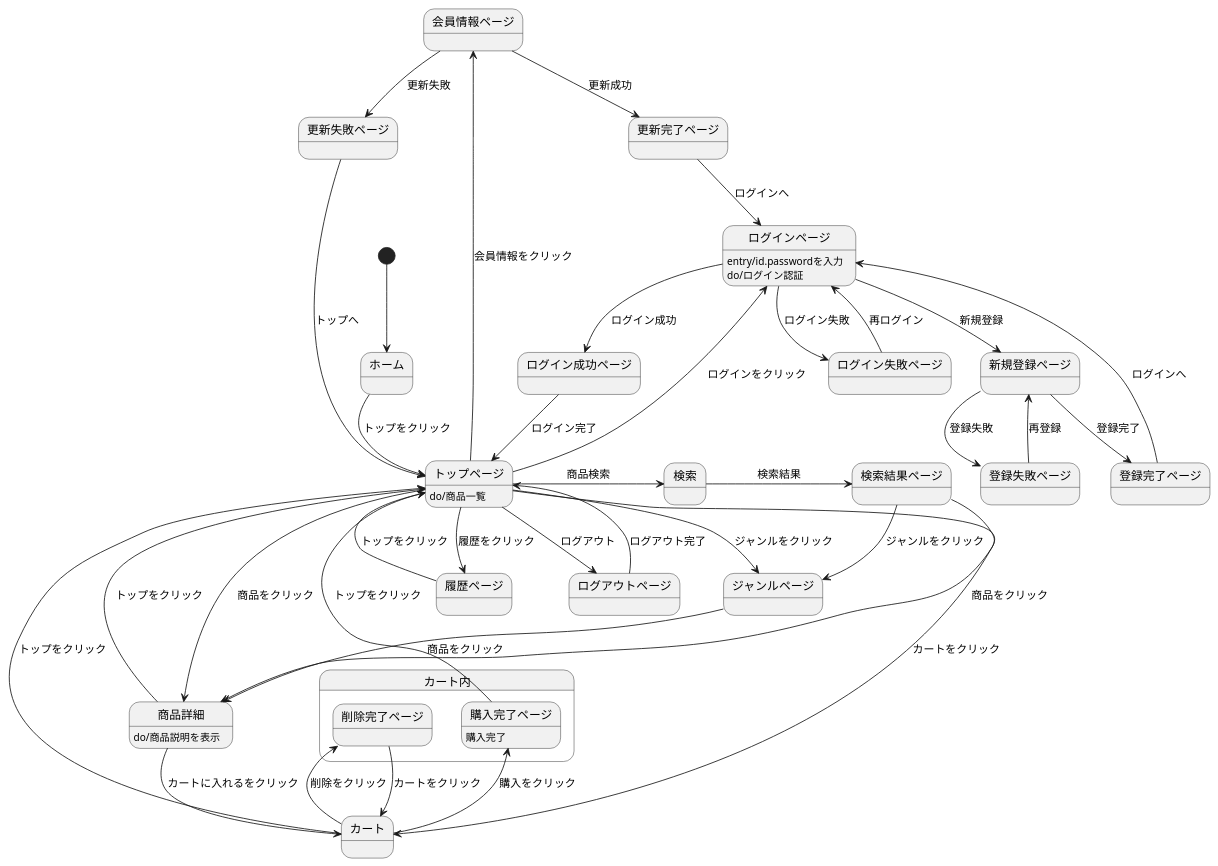
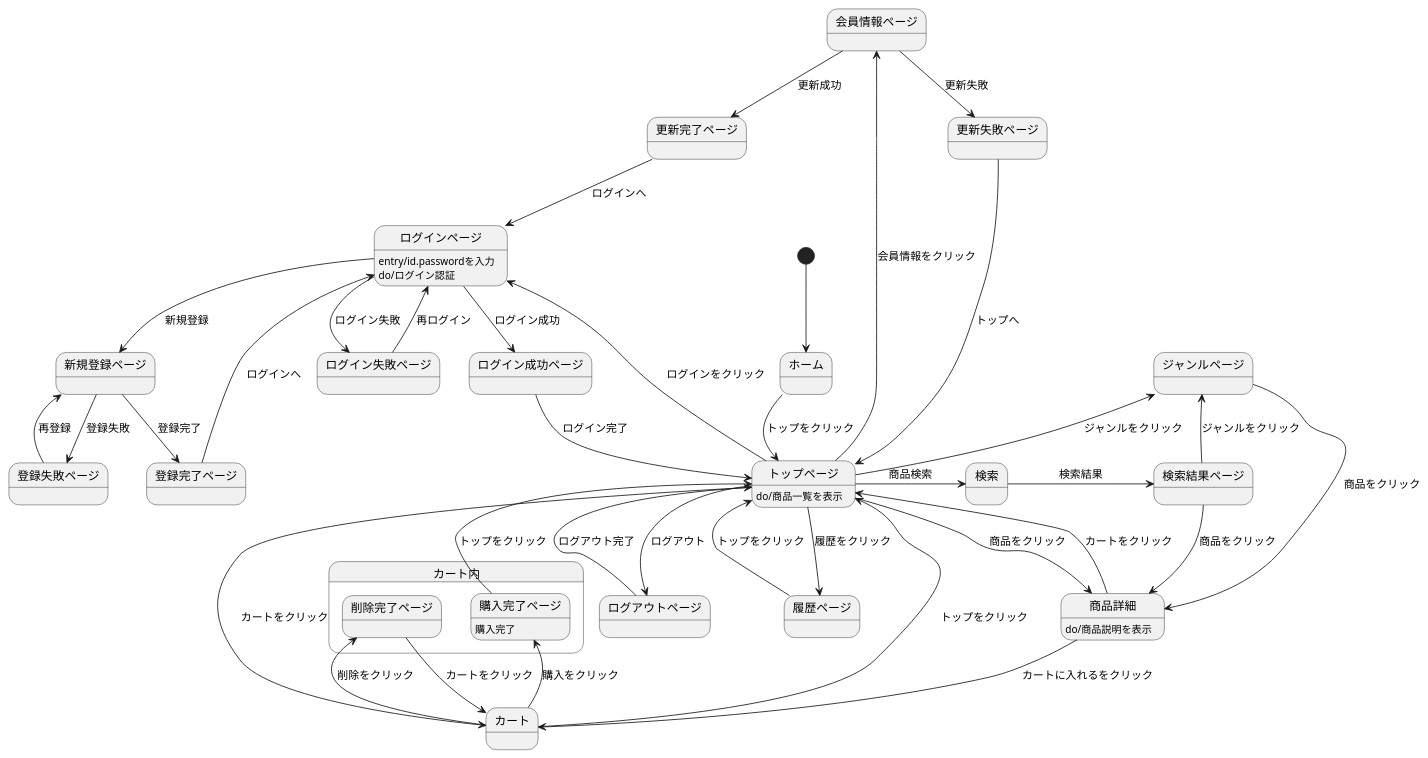
One commit to Aso2001142/2021sys-design changed the diagram in ECサイト/画面遷移図/遷移図.md. Above: the diagram before and after it, drawn with PlantUML.

````diff
--- a/ECサイト/画面遷移図/遷移図.md
+++ b/ECサイト/画面遷移図/遷移図.md
@@ -1,57 +1,93 @@
 ```uml
+
 @startuml
+
 [*] --> ホーム
+
 ホーム --> トップページ : トップをクリック
-トップページ : do/商品一覧
+
+トップページ : do/商品一覧を表示
 
 トップページ -left-> ログインページ : ログインをクリック
+
 ログインページ : entry/id.passwordを入力
+
 ログインページ : do/ログイン認証
+
 ログインページ --> ログイン成功ページ : ログイン成功
+
 ログイン成功ページ --> トップページ : ログイン完了
+
 ログインページ --> ログイン失敗ページ : ログイン失敗
+
 ログイン失敗ページ -left-> ログインページ : 再ログイン
 
 ログインページ --> 新規登録ページ : 新規登録
+
 新規登録ページ --> 登録完了ページ : 登録完了
+
 登録完了ページ --> ログインページ : ログインへ
+
 新規登録ページ --> 登録失敗ページ : 登録失敗
+
 登録失敗ページ --> 新規登録ページ : 再登録
 
 トップページ -> 検索 : 商品検索
+
 検索 -> 検索結果ページ : 検索結果
+
 検索結果ページ --> ジャンルページ : ジャンルをクリック
+
 検索結果ページ --> 商品詳細 : 商品をクリック
 
 トップページ -> 商品詳細 : 商品をクリック
+
 トップページ --> カート : カートをクリック
 
 トップページ --> ログアウトページ : ログアウト
+
 ログアウトページ --> トップページ : ログアウト完了
 
 トップページ --> 履歴ページ : 履歴をクリック
+
 履歴ページ --> トップページ : トップをクリック
 
 トップページ -left-> 会員情報ページ : 会員情報をクリック
+
 会員情報ページ --> 更新完了ページ : 更新成功
+
 更新完了ページ --> ログインページ : ログインへ
+
 会員情報ページ --> 更新失敗ページ : 更新失敗
+
 更新失敗ページ --> トップページ : トップへ
 
-トップページ --> ジャンルページ :  ジャンルをクリック
+トップページ -left-> ジャンルページ : ジャンルをクリック
+
 ジャンルページ --> 商品詳細 : 商品をクリック
 
 商品詳細 --> カート : カートに入れるをクリック
-商品詳細 --> トップページ : トップをクリック
+
+商品詳細 --> トップページ : カートをクリック
+
 商品詳細 : do/商品説明を表示
+
 カート -up-> トップページ : トップをクリック
 
 state カート内{
+
 カート -> 購入完了ページ : 購入をクリック
+
 カート -left> 削除完了ページ : 削除をクリック
+
 削除完了ページ --> カート : カートをクリック
+
 購入完了ページ -> トップページ : トップをクリック
+
 購入完了ページ : 購入完了
+
 }
+
 @enduml
+
 ```
````
